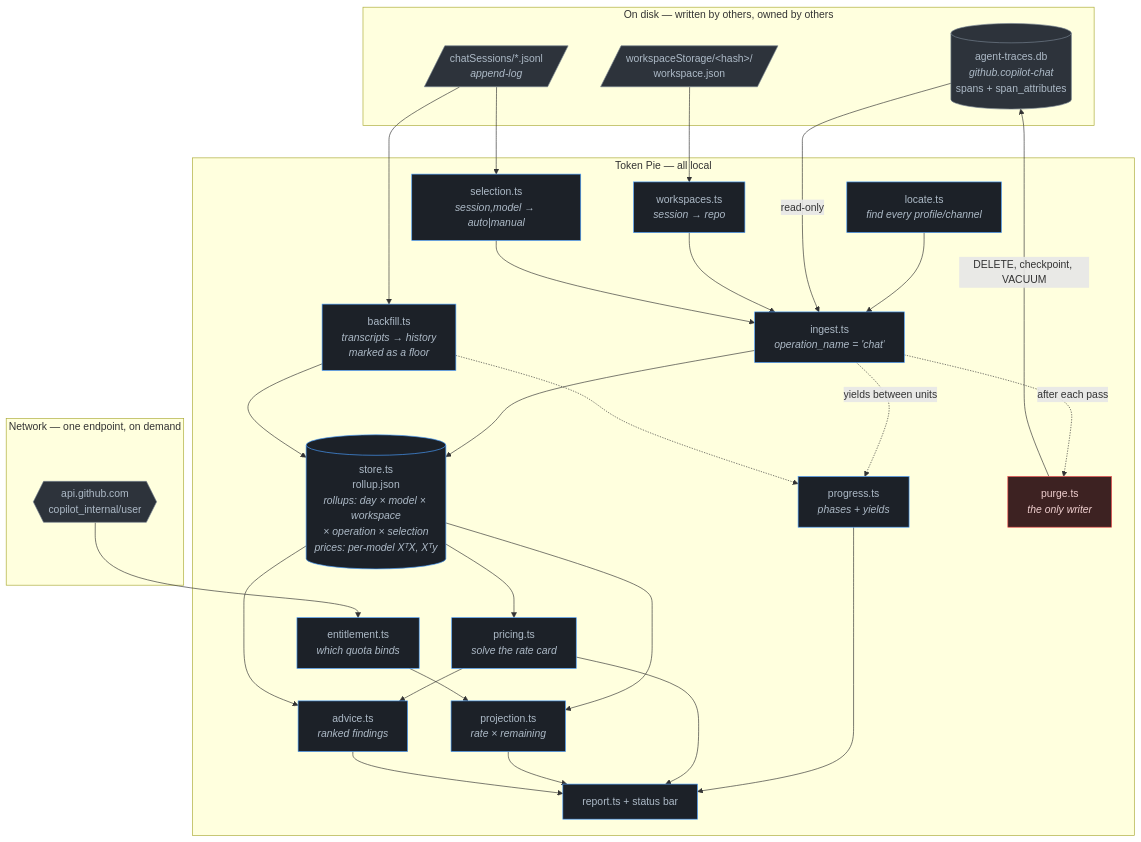
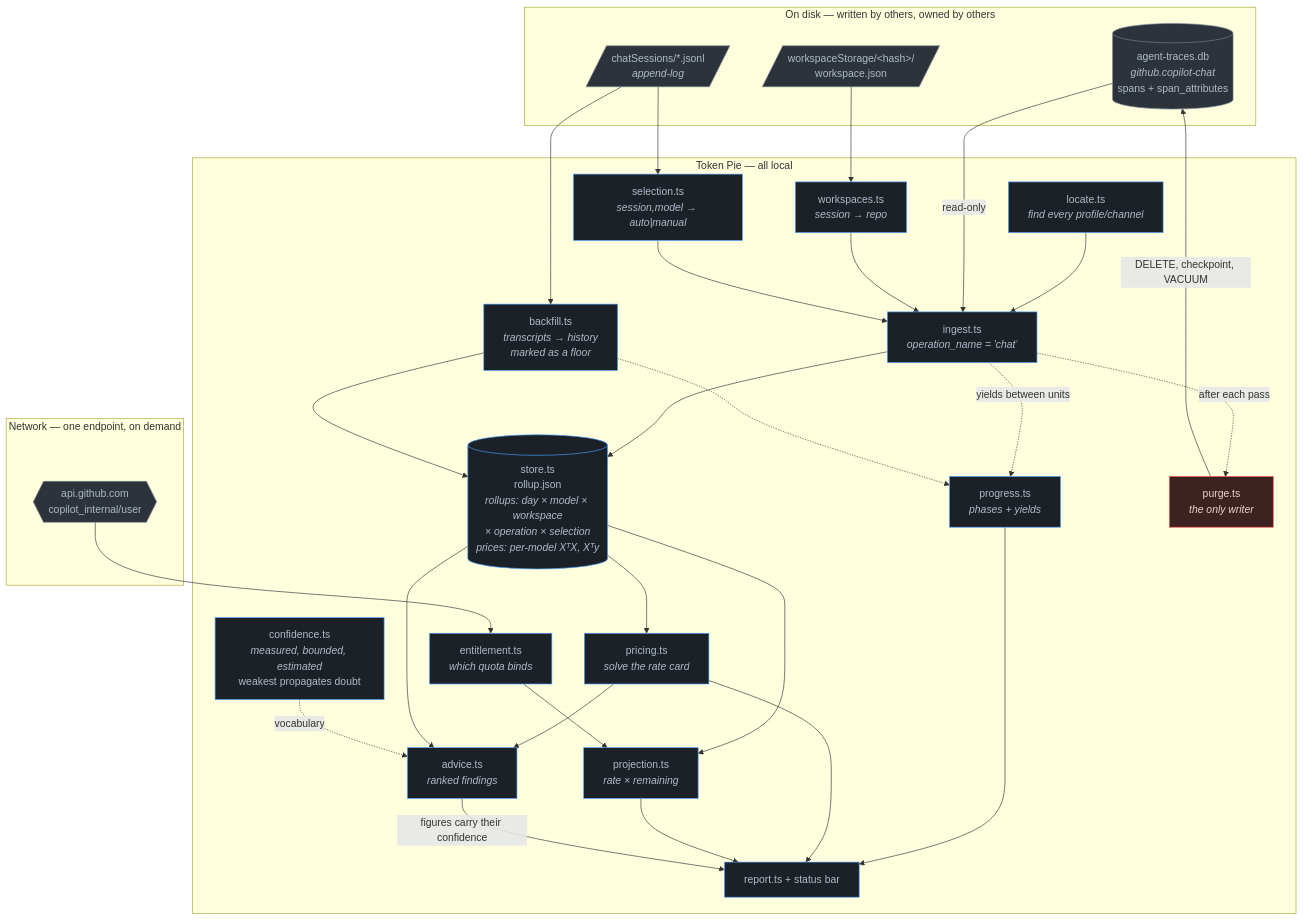
One commit to token-pie/token-pie changed the first of 6 diagrams in docs/ARCHITECTURE.md. Above: the diagram before and after it, drawn with Mermaid. The commit also changed other lines of this file and 16 other files, not shown here.

````diff
--- a/docs/ARCHITECTURE.md
+++ b/docs/ARCHITECTURE.md
@@ -5,56 +5,58 @@
 ```mermaid
 flowchart TB
     subgraph disk["On disk — written by others, owned by others"]
         DB[("agent-traces.db<br/><i>github.copilot-chat</i><br/>spans + span_attributes")]
         WS[/"workspaceStorage/&lt;hash&gt;/<br/>workspace.json"/]
         SESS[/"chatSessions/*.jsonl<br/><i>append-log</i>"/]
     end
 
     subgraph net["Network — one endpoint, on demand"]
         API{{"api.github.com<br/>copilot_internal/user"}}
     end
 
     subgraph tp["Token Pie — all local"]
         LOC["locate.ts<br/><i>find every profile/channel</i>"]
         ING["ingest.ts<br/><i>operation_name = 'chat'</i>"]
         WSM["workspaces.ts<br/><i>session → repo</i>"]
         SEL["selection.ts<br/><i>session,model → auto|manual</i>"]
         BF["backfill.ts<br/><i>transcripts → history<br/>marked as a floor</i>"]
         PROG["progress.ts<br/><i>phases + yields</i>"]
         STORE[("store.ts<br/>rollup.json<br/><i>rollups: day × model × workspace<br/>× operation × selection<br/>prices: per-model XᵀX, Xᵀy</i>")]
         PRICE["pricing.ts<br/><i>solve the rate card</i>"]
         PURGE["purge.ts<br/><i>the only writer</i>"]
         ENT["entitlement.ts<br/><i>which quota binds</i>"]
         PROJ["projection.ts<br/><i>rate × remaining</i>"]
         ADV["advice.ts<br/><i>ranked findings</i>"]
+        CONF["confidence.ts<br/><i>measured, bounded, estimated</i><br/>weakest propagates doubt"]
         UI["report.ts + status bar"]
     end
 
     LOC --> ING
     DB -->|read-only| ING
     WS --> WSM --> ING
     SESS --> SEL --> ING
     ING --> STORE
     SESS --> BF --> STORE
     ING -.->|yields between units| PROG
     BF -.-> PROG
     PROG --> UI
     STORE --> PRICE
     PRICE --> ADV
     PRICE --> UI
     ING -.->|after each pass| PURGE
     PURGE -->|DELETE, checkpoint, VACUUM| DB
     API --> ENT
     STORE --> PROJ
     ENT --> PROJ
     STORE --> ADV
     PROJ --> UI
-    ADV --> UI
+    CONF -.->|vocabulary| ADV
+    ADV -->|figures carry their confidence| UI
 
     classDef ext fill:#2d333b,stroke:#768390,color:#adbac7
     classDef own fill:#1c2128,stroke:#4a9eff,color:#adbac7
     classDef write fill:#3d2222,stroke:#f14c4c,color:#f0d0d0
     class DB,WS,SESS,API ext
-    class LOC,ING,WSM,SEL,BF,PROG,STORE,PRICE,ENT,PROJ,ADV,UI own
+    class LOC,ING,WSM,SEL,BF,PROG,STORE,PRICE,ENT,PROJ,ADV,CONF,UI own
     class PURGE write
 ```
````
